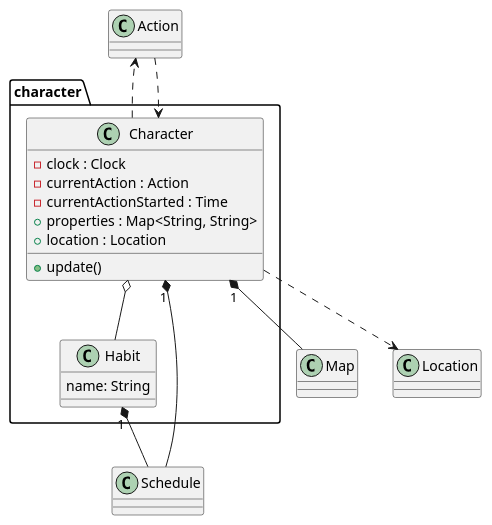
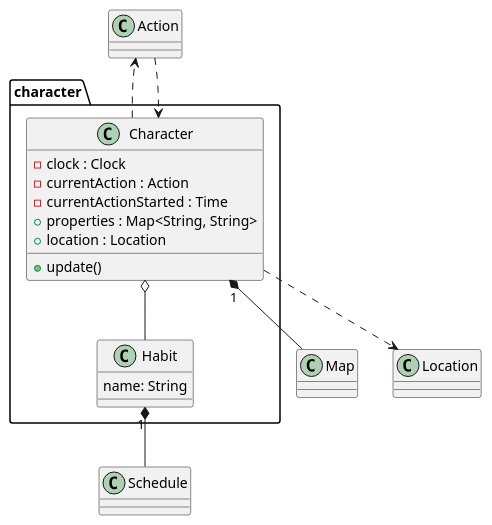
The diagram in design/class/character.puml (gergelyszaz/SandboxVN), drawn with PlantUML before and after one commit.

Commit message:
Remove schedule from character

```diff
--- a/design/class/character.puml
+++ b/design/class/character.puml
@@ -1,29 +1,28 @@
 @startuml character
 
 
 package character{
     class Character{
         -clock : Clock
         -currentAction : Action
         -currentActionStarted : Time
         +properties : Map<String, String>
         +location : Location
         +update()
     }
 
     class Habit {
         name: String
     }
 
 }
 
-Character "1" *-- Schedule
 Character "1" *-- Map
 
 Action ..> Character
 Character ..> Action
 Character ..> Location
 Character o-- Habit
 Habit "1" *-- Schedule
 
 @enduml
```
